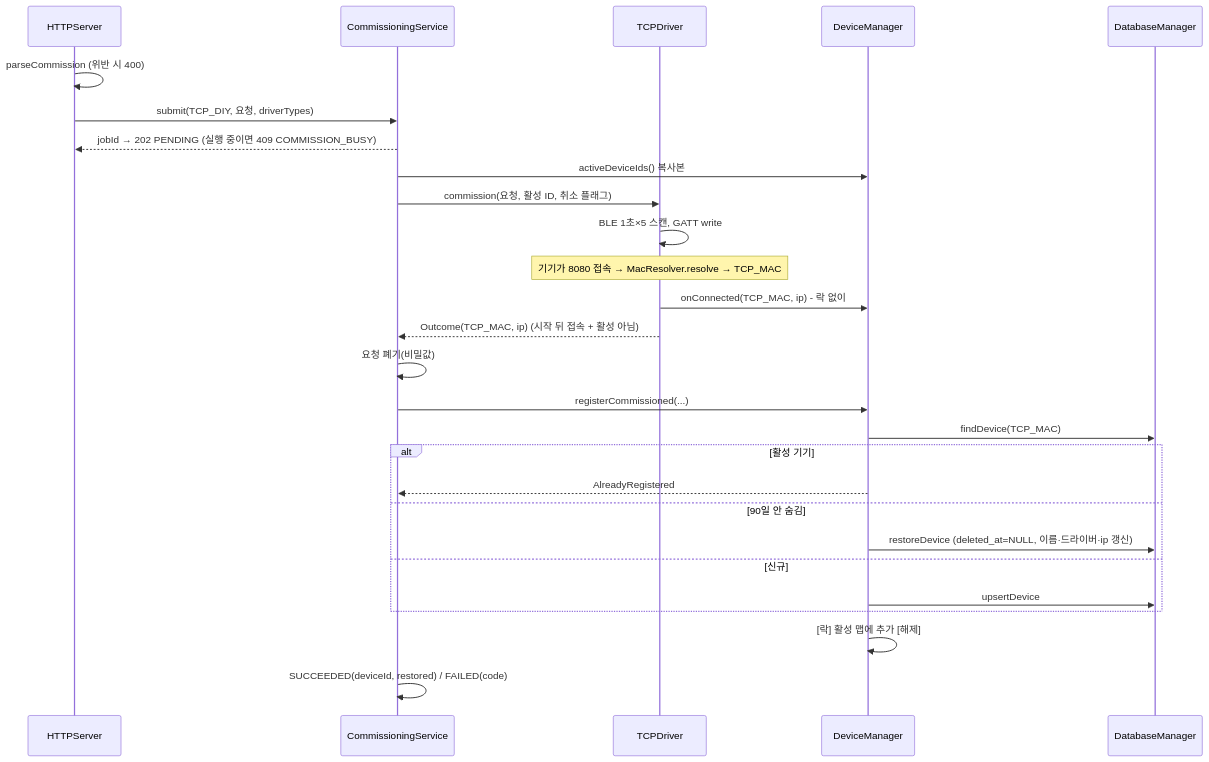
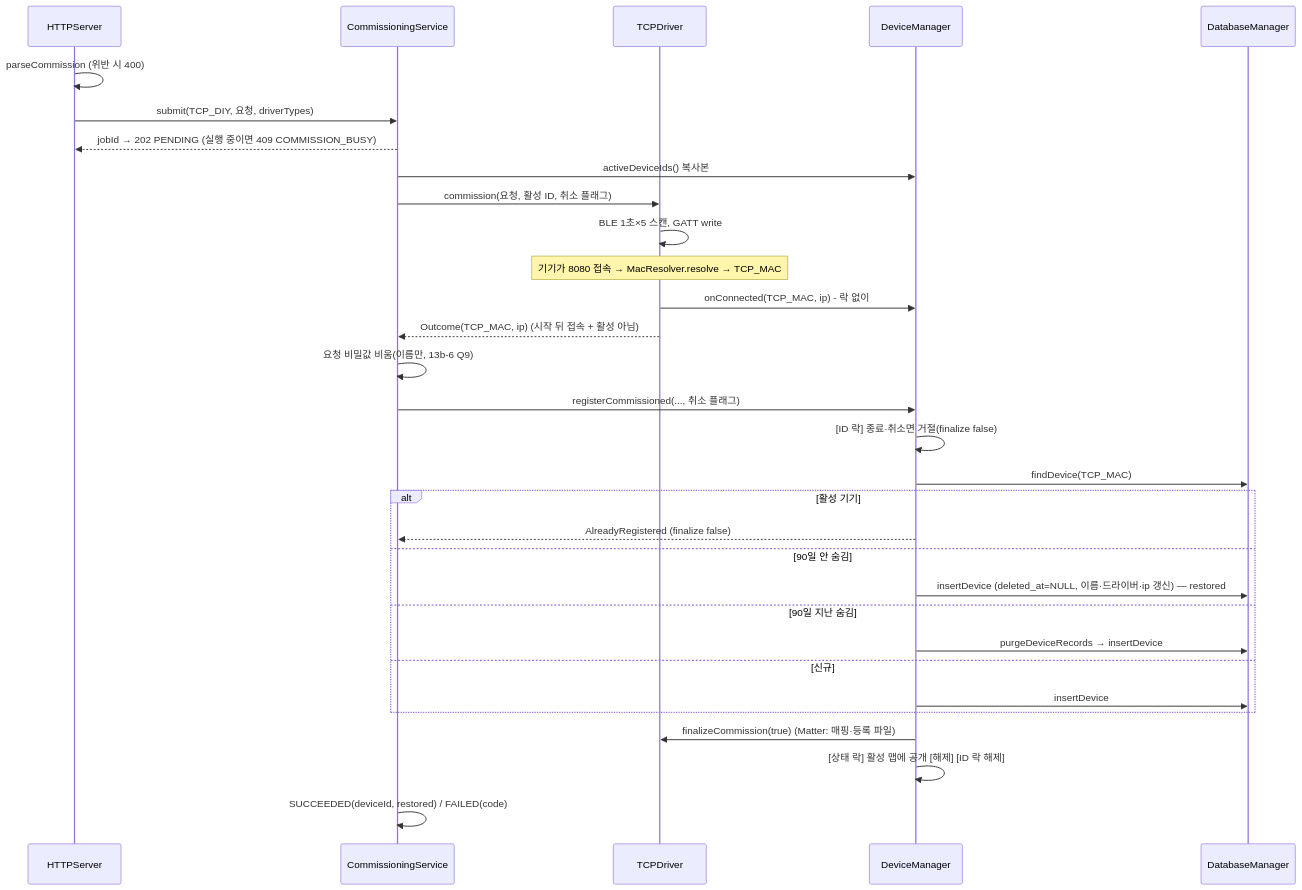
One commit to kdy06187/HomeAssistantServer changed the third of 4 diagrams in docs/02_설계.md. Above: the diagram before and after it, drawn with Mermaid. The commit also changed other lines of this file and 17 other files, not shown here.

````diff
--- a/docs/02_설계.md
+++ b/docs/02_설계.md
@@ -481,29 +489,33 @@
 ```mermaid
 sequenceDiagram
   participant H as HTTPServer
   participant C as CommissioningService
   participant T as TCPDriver
   participant D as DeviceManager
   participant B as DatabaseManager
   H->>H: parseCommission (위반 시 400)
   H->>C: submit(TCP_DIY, 요청, driverTypes)
   C-->>H: jobId → 202 PENDING (실행 중이면 409 COMMISSION_BUSY)
   C->>D: activeDeviceIds() 복사본
   C->>T: commission(요청, 활성 ID, 취소 플래그)
   T->>T: BLE 1초×5 스캔, GATT write
   Note over T: 기기가 8080 접속 → MacResolver.resolve → TCP_MAC
   T->>D: onConnected(TCP_MAC, ip) - 락 없이
   T-->>C: Outcome(TCP_MAC, ip) (시작 뒤 접속 + 활성 아님)
-  C->>C: 요청 폐기(비밀값)
-  C->>D: registerCommissioned(...)
+  C->>C: 요청 비밀값 비움(이름만, 13b-6 Q9)
+  C->>D: registerCommissioned(..., 취소 플래그)
+  D->>D: [ID 락] 종료·취소면 거절(finalize false)
   D->>B: findDevice(TCP_MAC)
   alt 활성 기기
-    D-->>C: AlreadyRegistered
+    D-->>C: AlreadyRegistered (finalize false)
   else 90일 안 숨김
-    D->>B: restoreDevice (deleted_at=NULL, 이름·드라이버·ip 갱신)
+    D->>B: insertDevice (deleted_at=NULL, 이름·드라이버·ip 갱신) — restored
+  else 90일 지난 숨김
+    D->>B: purgeDeviceRecords → insertDevice
   else 신규
-    D->>B: upsertDevice
+    D->>B: insertDevice
   end
-  D->>D: [락] 활성 맵에 추가 [해제]
+  D->>T: finalizeCommission(true) (Matter: 매핑·등록 파일)
+  D->>D: [상태 락] 활성 맵에 공개 [해제] [ID 락 해제]
   C->>C: SUCCEEDED(deviceId, restored) / FAILED(code)
 ```
````
